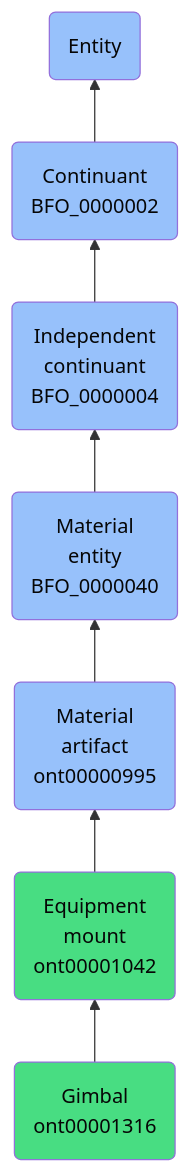
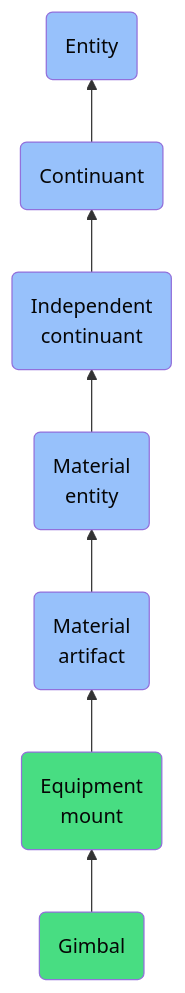
Before and after one commit to jupyter-naas/abi: the diagram in docs/ontology/reference/model/Entity/Continuant/Independent continuant/Material entity/Material artifact/Equipment mount/Gimbal/Gimbal.md, drawn with Mermaid. The commit also changed other lines of this file and 1430 other files, not shown here.

````diff
--- a/docs/ontology/reference/model/Entity/Continuant/Independent continuant/Material entity/Material artifact/Equipment mount/Gimbal/Gimbal.md
+++ b/docs/ontology/reference/model/Entity/Continuant/Independent continuant/Material entity/Material artifact/Equipment mount/Gimbal/Gimbal.md
@@ -24,14 +24,14 @@
 ```mermaid
 graph BT
-    ont00001316(Gimbal<br>ont00001316):::ABI-->ont00001042
-    ont00001042(Equipment<br>mount<br>ont00001042):::ABI-->ont00000995
-    ont00000995(Material<br>artifact<br>ont00000995):::BFO-->BFO_0000040
-    BFO_0000040(Material<br>entity<br>BFO_0000040):::BFO-->BFO_0000004
-    BFO_0000004(Independent<br>continuant<br>BFO_0000004):::BFO-->BFO_0000002
-    BFO_0000002(Continuant<br>BFO_0000002):::BFO-->BFO_0000001
+    ont00001316(Gimbal):::ABI-->ont00001042
+    ont00001042(Equipment<br>mount):::ABI-->ont00000995
+    ont00000995(Material<br>artifact):::BFO-->BFO_0000040
+    BFO_0000040(Material<br>entity):::BFO-->BFO_0000004
+    BFO_0000004(Independent<br>continuant):::BFO-->BFO_0000002
+    BFO_0000002(Continuant):::BFO-->BFO_0000001
     BFO_0000001(Entity):::BFO
     
     classDef BFO fill:#97c1fb,color:#060606
     classDef CCO fill:#e4c51e,color:#060606
     classDef ABI fill:#48DD82,color:#060606
 ```
````
